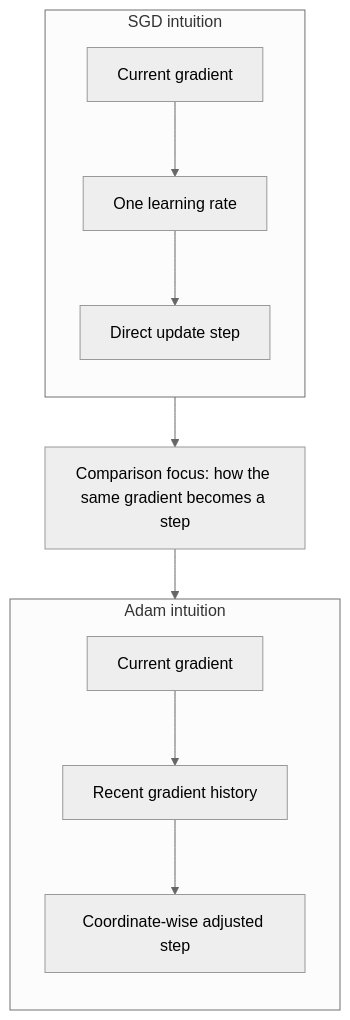
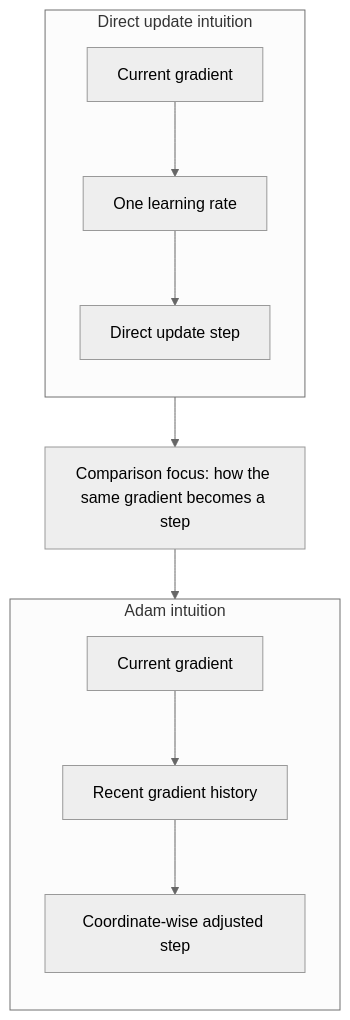
The diagram in docs/assets/part-05/chapter-07/sgd-vs-adam-flow-en.mmd (devchan64/AiBook), drawn with Mermaid (neutral theme) before and after one commit. The commit also changed 376 other files, not shown here.

```diff
--- a/docs/assets/part-05/chapter-07/sgd-vs-adam-flow-en.mmd
+++ b/docs/assets/part-05/chapter-07/sgd-vs-adam-flow-en.mmd
@@ -1,16 +1,16 @@
 flowchart TD
-  subgraph SGD["SGD intuition"]
+  subgraph SGD["Direct update intuition"]
     direction TB
     A["Current gradient"] --> B["One learning rate"]
     B --> C["Direct update step"]
   end
 
   GAP["Comparison focus: how the same gradient becomes a step"]
 
   subgraph Adam["Adam intuition"]
     direction TB
     D["Current gradient"] --> E["Recent gradient history"]
     E --> F["Coordinate-wise adjusted step"]
   end
 
   SGD --> GAP --> Adam
```
